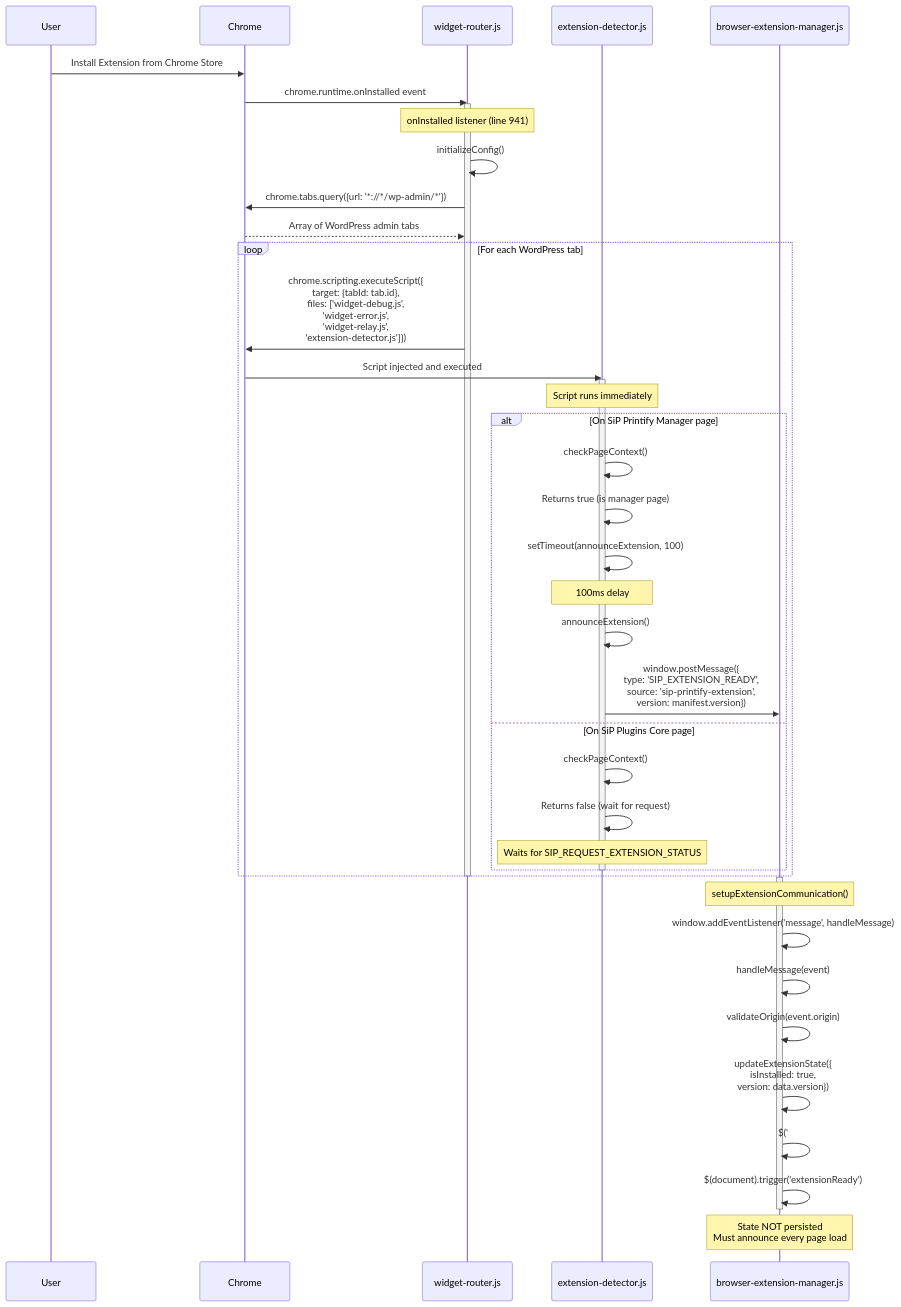
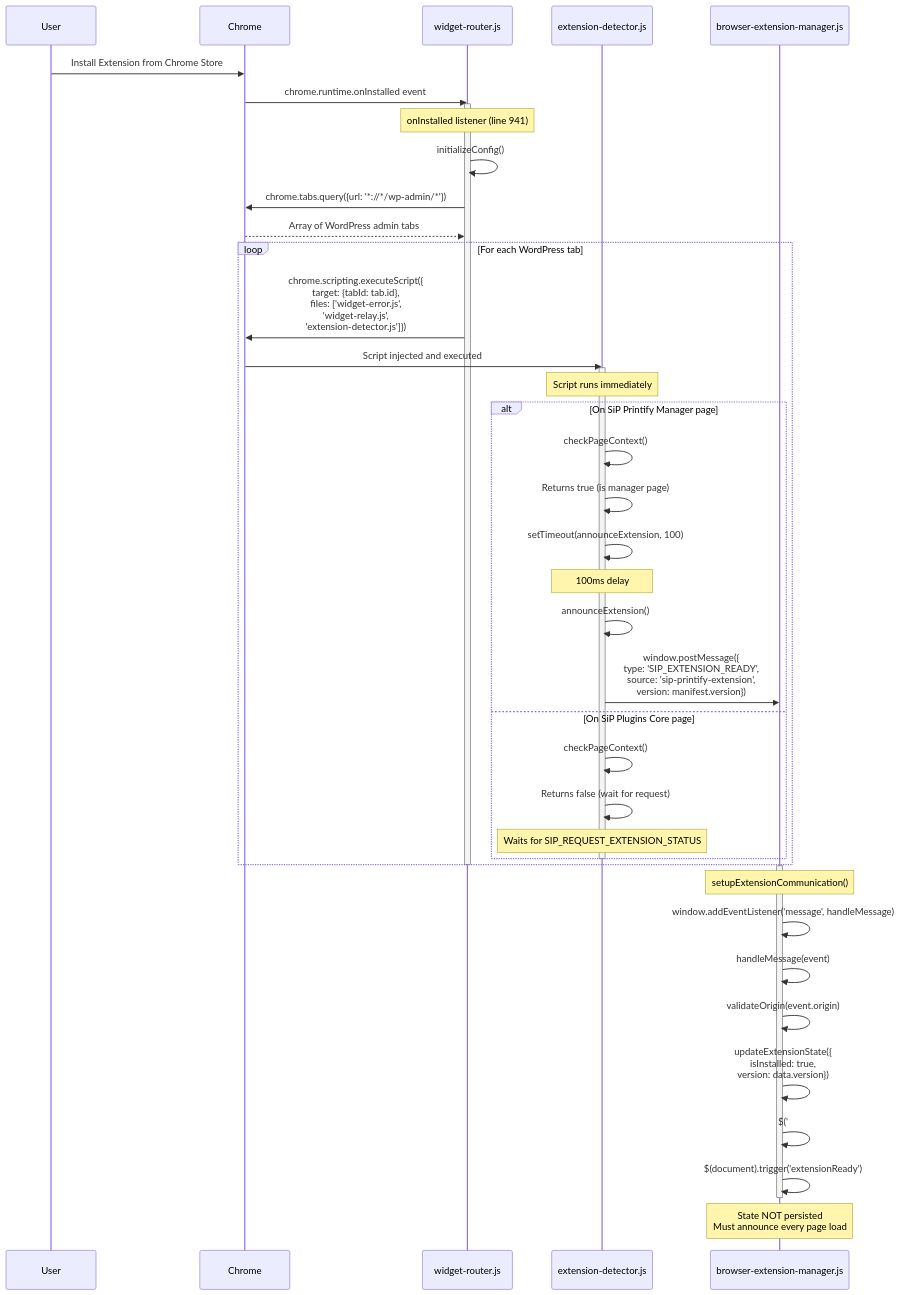
Before and after one commit to tdemelle-SiP/.claude: the fifth of 8 diagrams in guidelines/sip-printify-manager-extension-widget-v2.md, drawn with Mermaid. The commit also changed other lines of this file, not shown here.

Commit message:
major updates removing chrome.runtime and adding action logging and implementing a new solution for mockup selection

````diff
--- a/guidelines/sip-printify-manager-extension-widget-v2.md
+++ b/guidelines/sip-printify-manager-extension-widget-v2.md
@@ -614,54 +645,54 @@
 ```mermaid
 sequenceDiagram
     participant User
     participant Chrome
     participant Router as widget-router.js
     participant Detector as extension-detector.js
     participant BEM as browser-extension-manager.js
     
     User->>Chrome: Install Extension from Chrome Store
     Chrome->>Router: chrome.runtime.onInstalled event
     
     activate Router
     Note over Router: onInstalled listener (line 941)
     Router->>Router: initializeConfig()
     Router->>Chrome: chrome.tabs.query({url: '*://*/wp-admin/*'})
     Chrome-->>Router: Array of WordPress admin tabs
     
     loop For each WordPress tab
-        Router->>Chrome: chrome.scripting.executeScript({<br/>target: {tabId: tab.id},<br/>files: ['widget-debug.js',<br/>'widget-error.js',<br/>'widget-relay.js',<br/>'extension-detector.js']})
+        Router->>Chrome: chrome.scripting.executeScript({<br/>target: {tabId: tab.id},<br/>files: ['widget-error.js',<br/>'widget-relay.js',<br/>'extension-detector.js']})
         
         Chrome->>Detector: Script injected and executed
         activate Detector
         Note over Detector: Script runs immediately
         
         alt On SiP Printify Manager page
             Detector->>Detector: checkPageContext()
             Detector->>Detector: Returns true (is manager page)
             Detector->>Detector: setTimeout(announceExtension, 100)
             
             Note over Detector: 100ms delay
             
             Detector->>Detector: announceExtension()
             Detector->>BEM: window.postMessage({<br/>type: 'SIP_EXTENSION_READY',<br/>source: 'sip-printify-extension',<br/>version: manifest.version})
         else On SiP Plugins Core page
             Detector->>Detector: checkPageContext()
             Detector->>Detector: Returns false (wait for request)
             Note over Detector: Waits for SIP_REQUEST_EXTENSION_STATUS
         end
         deactivate Detector
     end
     deactivate Router
     
     activate BEM
     Note over BEM: setupExtensionCommunication()
     BEM->>BEM: window.addEventListener('message', handleMessage)
     BEM->>BEM: handleMessage(event)
     BEM->>BEM: validateOrigin(event.origin)
     BEM->>BEM: updateExtensionState({<br/>isInstalled: true,<br/>version: data.version})
     BEM->>BEM: $('#install-extension-section').hide()
     BEM->>BEM: $(document).trigger('extensionReady')
     deactivate BEM
     
     Note over BEM: State NOT persisted<br/>Must announce every page load
 ```
````
